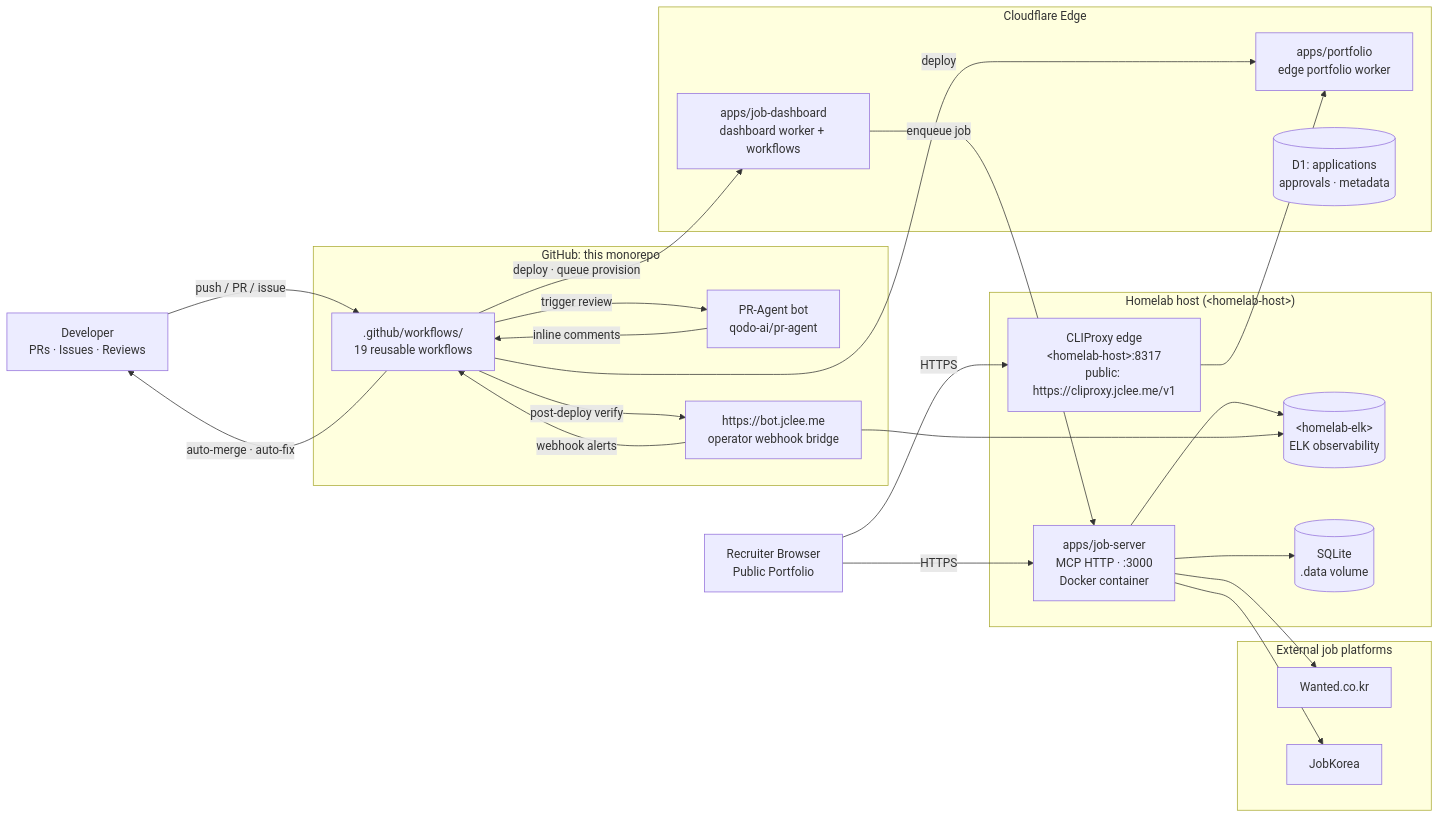
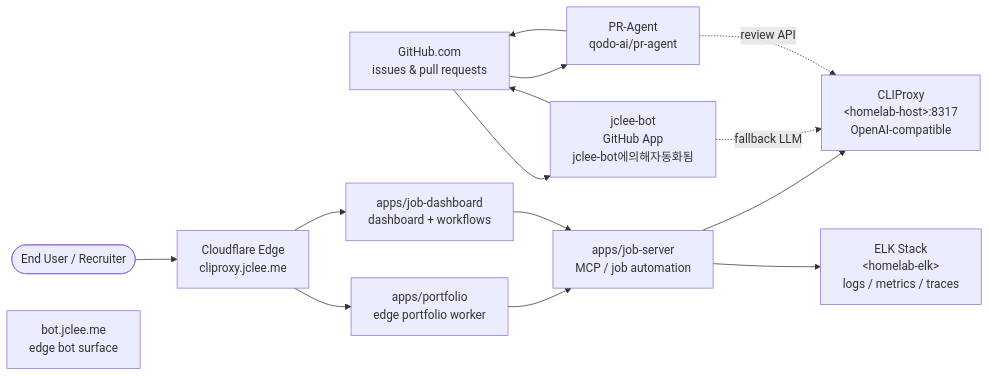
Before and after one commit to jclee941/resume: the diagram in README.md, drawn with Mermaid. The commit also changed other lines of this file, not shown here.

Commit message:
docs: auto-update README.md (#961)

````diff
--- a/README.md
+++ b/README.md
@@ -80,56 +75,28 @@
 ```mermaid
 flowchart LR
-    %% --- External actors ---------------------------------------------------
-    Dev["Developer<br/>PRs · Issues · Reviews"]
-    Recruiter["Recruiter Browser<br/>Public Portfolio"]
+    user(["End User / Recruiter"])
+    gh["GitHub.com<br/>issues &amp; pull requests"]
+    cf["Cloudflare Edge<br/>cliproxy.jclee.me"]
+    bot["bot.jclee.me<br/>edge bot surface"]
+    proxy["CLIProxy<br/>&lt;homelab-host&gt;:8317<br/>OpenAI-compatible"]
+    elk["ELK Stack<br/>&lt;homelab-elk&gt;<br/>logs / metrics / traces"]
+    w1["apps/portfolio<br/>edge portfolio worker"]
+    w2["apps/job-dashboard<br/>dashboard + workflows"]
+    srv["apps/job-server<br/>MCP / job automation"]
+    agt["jclee-bot<br/>GitHub App<br/>jclee-bot에의해자동화됨"]
+    prq["PR-Agent<br/>qodo-ai/pr-agent"]
 
-    %% --- GitHub trust boundary --------------------------------------------
-    subgraph GH["GitHub: this monorepo"]
-        Actions[".github/workflows/<br/>19 reusable workflows"]
-        PRAgent["PR-Agent bot<br/>qodo-ai/pr-agent"]
-        Bot["https://bot.jclee.me<br/>operator webhook bridge"]
-    end
-
-    %% --- Cloudflare trust boundary ----------------------------------------
-    subgraph CF["Cloudflare Edge"]
-        Portfolio["apps/portfolio<br/>edge portfolio worker"]
-        Dashboard["apps/job-dashboard<br/>dashboard worker + workflows"]
-        D1[("D1: applications<br/>approvals · metadata")]
-    end
-
-    %% --- Homelab trust boundary -------------------------------------------
-    subgraph LAB["Homelab host (&lt;homelab-host&gt;)"]
-        CLIProxy["CLIProxy edge<br/>&lt;homelab-host&gt;:8317<br/>public: https://cliproxy.jclee.me/v1"]
-        JobServer["apps/job-server<br/>MCP HTTP · :3000<br/>Docker container"]
-        ELK[("&lt;homelab-elk&gt;<br/>ELK observability")]
-        SQLite[("SQLite<br/>.data volume")]
-    end
-
-    %% --- Third-party targets ----------------------------------------------
-    subgraph EXT["External job platforms"]
-        Wanted["Wanted.co.kr"]
-        JobKorea["JobKorea"]
-    end
-
-    %% --- Flows ------------------------------------------------------------
-    Dev -->|push / PR / issue| Actions
-    Actions -->|trigger review| PRAgent
-    PRAgent -->|inline comments| Actions
-    Actions -->|auto-merge · auto-fix| Dev
-    Actions -->|deploy| Portfolio
-    Actions -->|deploy · queue provision| Dashboard
-    Actions -->|post-deploy verify| Bot
-
-    Recruiter -->|HTTPS| CLIProxy
-    CLIProxy --> Portfolio
-    Recruiter -->|HTTPS| JobServer
-
-    Dashboard -->|enqueue job| JobServer
-    JobServer --> SQLite
-    JobServer --> Wanted
-    JobServer --> JobKorea
-    JobServer --> ELK
-
-    Bot -->|webhook alerts| Actions
-    Bot --> ELK
+    user --> cf
+    cf --> w1
+    cf --> w2
+    w1 --> srv
+    w2 --> srv
+    srv --> proxy
+    srv --> elk
+    gh --> agt
+    agt --> gh
+    gh --> prq
+    prq --> gh
+    agt -. "fallback LLM" .-> proxy
+    prq -. "review API" .-> proxy
 ```
````
